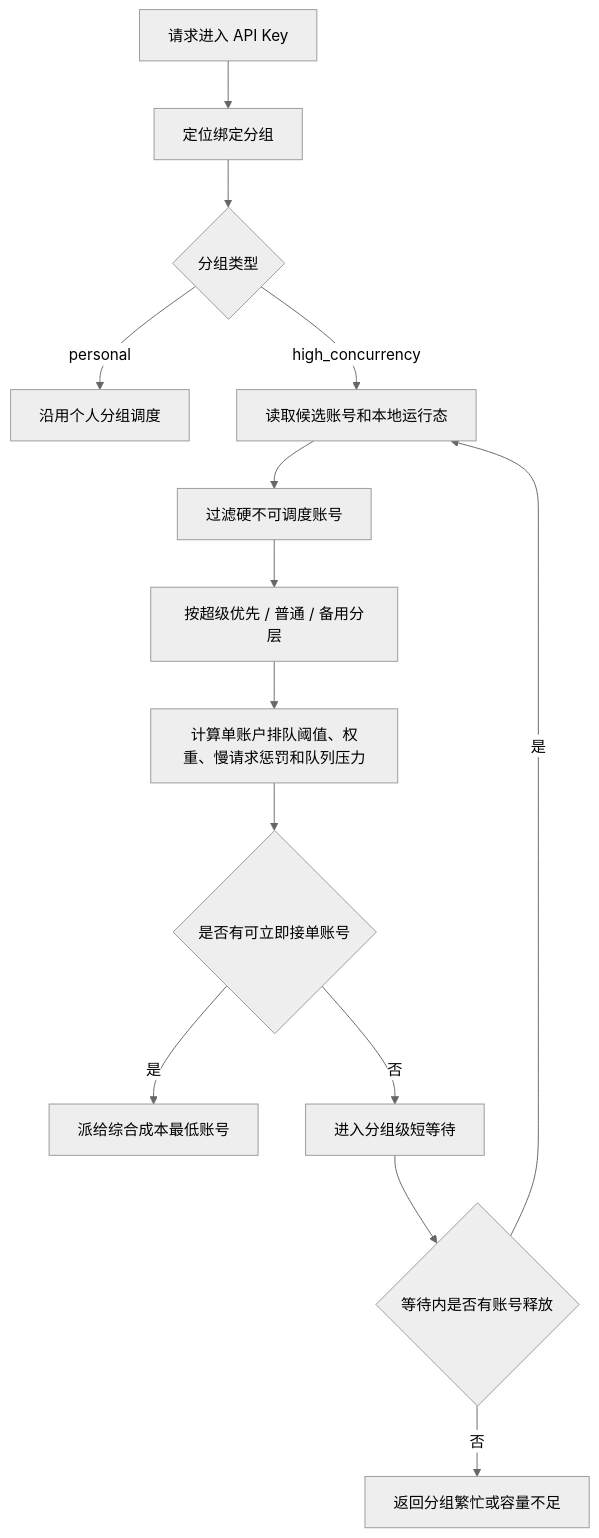
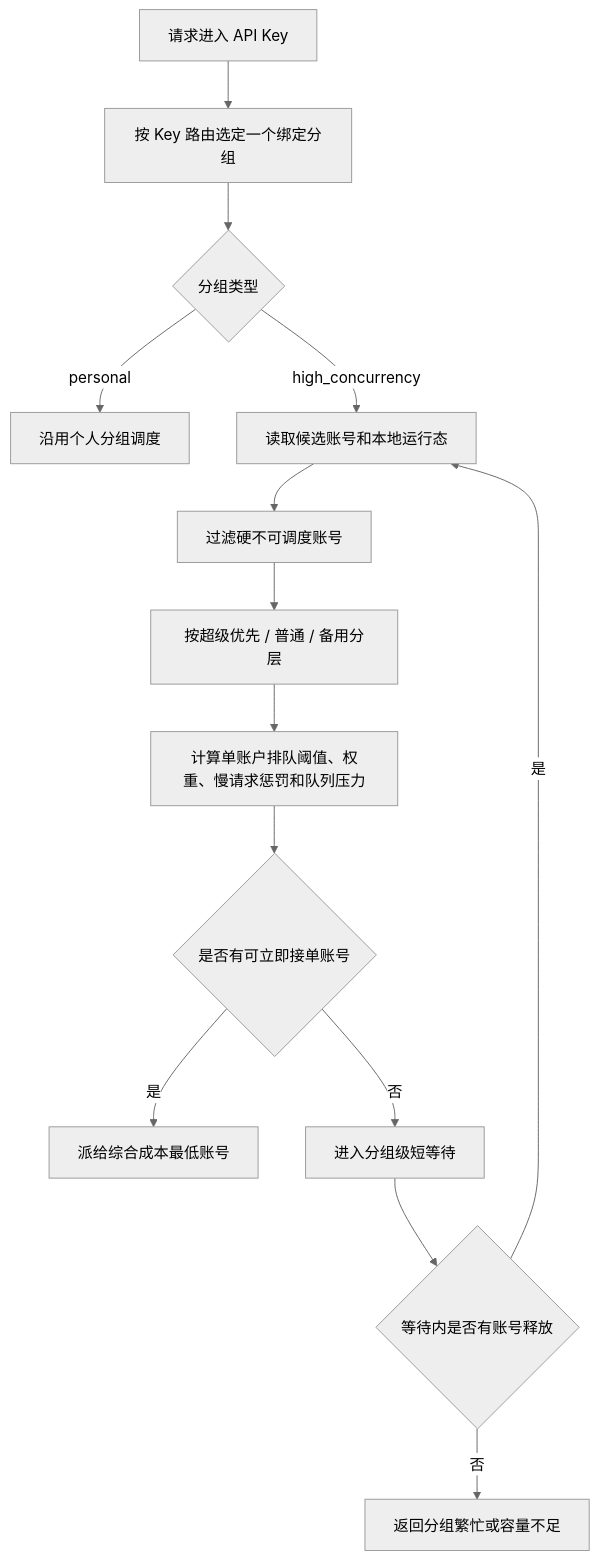
Before and after one commit to huanmin123/juhe-ai: the diagram in docs/functions/高并发分组调度设计.md, drawn with Mermaid (neutral theme). The commit also changed other lines of this file and 69 other files, not shown here.

````diff
--- a/docs/functions/高并发分组调度设计.md
+++ b/docs/functions/高并发分组调度设计.md
@@ -106,16 +108,16 @@
 ```mermaid
 flowchart TD
-  A["请求进入 API Key"] --> B["定位绑定分组"]
+  A["请求进入 API Key"] --> B["按 Key 路由选定一个绑定分组"]
   B --> C{"分组类型"}
   C -- "personal" --> D["沿用个人分组调度"]
   C -- "high_concurrency" --> E["读取候选账号和本地运行态"]
   E --> F["过滤硬不可调度账号"]
   F --> G["按超级优先 / 普通 / 备用分层"]
   G --> H["计算单账户排队阈值、权重、慢请求惩罚和队列压力"]
   H --> I{"是否有可立即接单账号"}
   I -- "是" --> J["派给综合成本最低账号"]
   I -- "否" --> K["进入分组级短等待"]
   K --> L{"等待内是否有账号释放"}
   L -- "是" --> E
   L -- "否" --> M["返回分组繁忙或容量不足"]
 ```
````
